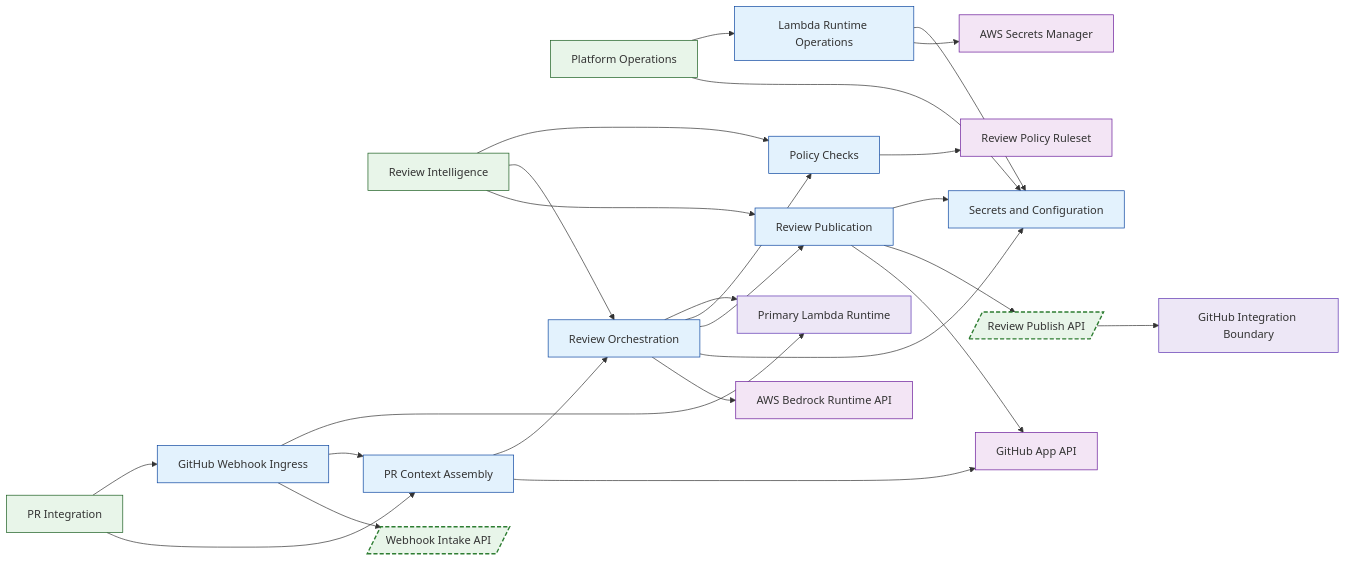
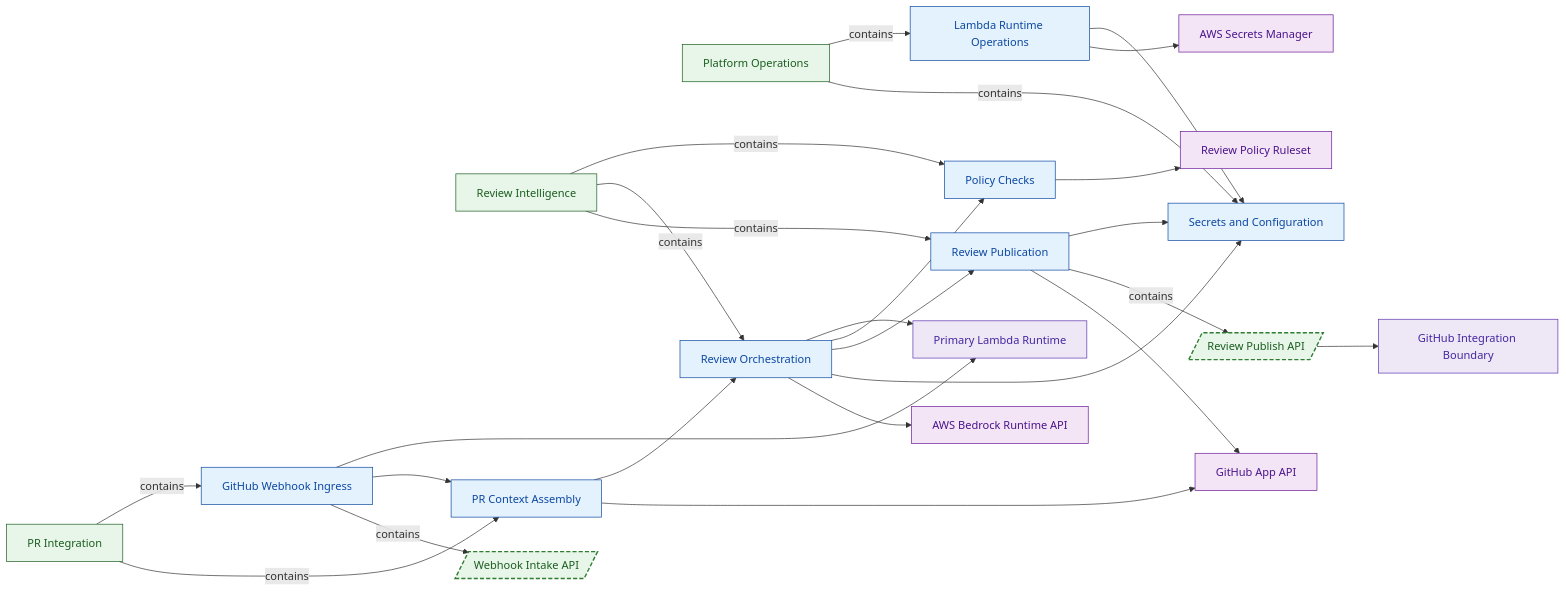
Before and after one commit to labeth/engineering-model-go: the diagram in examples/bedrock-pr-review-github-app-sample/generated/VIEW-DEPLOYMENT.mmd, drawn with Mermaid. The commit also changed 66 other files, not shown here.

Commit message:
Add first-class architecture decision records

```diff
--- a/examples/bedrock-pr-review-github-app-sample/generated/VIEW-DEPLOYMENT.mmd
+++ b/examples/bedrock-pr-review-github-app-sample/generated/VIEW-DEPLOYMENT.mmd
@@ -1,59 +1,65 @@
 flowchart LR
 %% view: VIEW-DEPLOYMENT (deployment)
 N_DEP_BEDROCK_GITHUB_BOUNDARY["GitHub Integration Boundary"]:::deployment_target
 N_DEP_BEDROCK_LAMBDA_PRIMARY["Primary Lambda Runtime"]:::deployment_target
 N_FG_PLATFORM_OPERATIONS["Platform Operations"]:::functional_group
 N_FG_PR_INTEGRATION["PR Integration"]:::functional_group
 N_FG_REVIEW_INTELLIGENCE["Review Intelligence"]:::functional_group
 N_FU_GITHUB_WEBHOOK_INGRESS["GitHub Webhook Ingress"]:::functional_unit
 N_FU_LAMBDA_RUNTIME_OPERATIONS["Lambda Runtime Operations"]:::functional_unit
 N_FU_POLICY_CHECKS["Policy Checks"]:::functional_unit
 N_FU_PR_CONTEXT_ASSEMBLY["PR Context Assembly"]:::functional_unit
 N_FU_REVIEW_ORCHESTRATION["Review Orchestration"]:::functional_unit
 N_FU_REVIEW_PUBLICATION["Review Publication"]:::functional_unit
 N_FU_SECRETS_CONFIGURATION["Secrets and Configuration"]:::functional_unit
 N_IF_BEDROCK_REVIEW_PUBLISH_API[/"Review Publish API"/]:::interface
 N_IF_BEDROCK_WEBHOOK_API[/"Webhook Intake API"/]:::interface
 N_REF_AWS_BEDROCK_RUNTIME["AWS Bedrock Runtime API"]:::referenced_element
 N_REF_AWS_SECRETS_MANAGER["AWS Secrets Manager"]:::referenced_element
 N_REF_GITHUB_APP_API["GitHub App API"]:::referenced_element
 N_REF_POLICY_RULESET["Review Policy Ruleset"]:::referenced_element
-N_FG_PLATFORM_OPERATIONS --> N_FU_LAMBDA_RUNTIME_OPERATIONS
-N_FG_PLATFORM_OPERATIONS --> N_FU_SECRETS_CONFIGURATION
-N_FG_PR_INTEGRATION --> N_FU_GITHUB_WEBHOOK_INGRESS
-N_FG_PR_INTEGRATION --> N_FU_PR_CONTEXT_ASSEMBLY
-N_FG_REVIEW_INTELLIGENCE --> N_FU_POLICY_CHECKS
-N_FG_REVIEW_INTELLIGENCE --> N_FU_REVIEW_ORCHESTRATION
-N_FG_REVIEW_INTELLIGENCE --> N_FU_REVIEW_PUBLICATION
+N_FG_PLATFORM_OPERATIONS -->|contains| N_FU_LAMBDA_RUNTIME_OPERATIONS
+N_FG_PLATFORM_OPERATIONS -->|contains| N_FU_SECRETS_CONFIGURATION
+N_FG_PR_INTEGRATION -->|contains| N_FU_GITHUB_WEBHOOK_INGRESS
+N_FG_PR_INTEGRATION -->|contains| N_FU_PR_CONTEXT_ASSEMBLY
+N_FG_REVIEW_INTELLIGENCE -->|contains| N_FU_POLICY_CHECKS
+N_FG_REVIEW_INTELLIGENCE -->|contains| N_FU_REVIEW_ORCHESTRATION
+N_FG_REVIEW_INTELLIGENCE -->|contains| N_FU_REVIEW_PUBLICATION
 N_FU_GITHUB_WEBHOOK_INGRESS --> N_DEP_BEDROCK_LAMBDA_PRIMARY
 N_FU_GITHUB_WEBHOOK_INGRESS --> N_FU_PR_CONTEXT_ASSEMBLY
-N_FU_GITHUB_WEBHOOK_INGRESS --> N_IF_BEDROCK_WEBHOOK_API
+N_FU_GITHUB_WEBHOOK_INGRESS -->|contains| N_IF_BEDROCK_WEBHOOK_API
 N_FU_LAMBDA_RUNTIME_OPERATIONS --> N_FU_SECRETS_CONFIGURATION
 N_FU_LAMBDA_RUNTIME_OPERATIONS --> N_REF_AWS_SECRETS_MANAGER
 N_FU_POLICY_CHECKS --> N_REF_POLICY_RULESET
 N_FU_PR_CONTEXT_ASSEMBLY --> N_FU_REVIEW_ORCHESTRATION
 N_FU_PR_CONTEXT_ASSEMBLY --> N_REF_GITHUB_APP_API
 N_FU_REVIEW_ORCHESTRATION --> N_DEP_BEDROCK_LAMBDA_PRIMARY
 N_FU_REVIEW_ORCHESTRATION --> N_FU_POLICY_CHECKS
 N_FU_REVIEW_ORCHESTRATION --> N_FU_REVIEW_PUBLICATION
 N_FU_REVIEW_ORCHESTRATION --> N_FU_SECRETS_CONFIGURATION
 N_FU_REVIEW_ORCHESTRATION --> N_REF_AWS_BEDROCK_RUNTIME
 N_FU_REVIEW_PUBLICATION --> N_FU_SECRETS_CONFIGURATION
-N_FU_REVIEW_PUBLICATION --> N_IF_BEDROCK_REVIEW_PUBLISH_API
+N_FU_REVIEW_PUBLICATION -->|contains| N_IF_BEDROCK_REVIEW_PUBLISH_API
 N_FU_REVIEW_PUBLICATION --> N_REF_GITHUB_APP_API
 N_IF_BEDROCK_REVIEW_PUBLISH_API --> N_DEP_BEDROCK_GITHUB_BOUNDARY
-classDef functional_group fill:#e8f5e9,stroke:#1b5e20,stroke-width:1px;
-classDef functional_unit fill:#e3f2fd,stroke:#0d47a1,stroke-width:1px;
-classDef actor fill:#fff8e1,stroke:#ef6c00,stroke-width:1px;
-classDef attack_vector fill:#ffebee,stroke:#b71c1c,stroke-width:1px;
-classDef referenced_element fill:#f3e5f5,stroke:#6a1b9a,stroke-width:1px;
-classDef interface fill:#e8f5e9,stroke:#2e7d32,stroke-width:2px,stroke-dasharray: 6 3;
-classDef data_object fill:#fff3e0,stroke:#ef6c00,stroke-width:2px,stroke-dasharray: 2 2;
-classDef deployment_target fill:#ede7f6,stroke:#5e35b1,stroke-width:1px;
-classDef control fill:#fce4ec,stroke:#ad1457,stroke-width:1px;
-classDef trust_boundary fill:#e0f7fa,stroke:#006064,stroke-width:2px,stroke-dasharray: 10 4;
-classDef state fill:#e1f5fe,stroke:#0277bd,stroke-width:1px;
-classDef event fill:#fffde7,stroke:#f9a825,stroke-width:1px;
-classDef flow fill:#ede7f6,stroke:#4527a0,stroke-width:2px;
-classDef flow_step fill:#f1f8e9,stroke:#33691e,stroke-width:2px;
-classDef unknown fill:#ffffff,stroke:#adb5bd,stroke-width:1px;
+classDef system_boundary fill:#f5f5f5,stroke:#424242,stroke-width:2px,color:#212121;
+classDef functional_group fill:#e8f5e9,stroke:#1b5e20,stroke-width:1px,color:#1b5e20;
+classDef functional_unit fill:#e3f2fd,stroke:#0d47a1,stroke-width:1px,color:#0d47a1;
+classDef actor fill:#fff8e1,stroke:#ef6c00,stroke-width:1px,color:#bf360c;
+classDef attack_vector fill:#ffebee,stroke:#b71c1c,stroke-width:1px,color:#7f0000;
+classDef referenced_element fill:#f3e5f5,stroke:#6a1b9a,stroke-width:1px,color:#4a148c;
+classDef interface fill:#e8f5e9,stroke:#2e7d32,stroke-width:2px,stroke-dasharray: 6 3,color:#1b5e20;
+classDef data_object fill:#fff3e0,stroke:#ef6c00,stroke-width:2px,stroke-dasharray: 2 2,color:#e65100;
+classDef deployment_target fill:#ede7f6,stroke:#5e35b1,stroke-width:1px,color:#4527a0;
+classDef control fill:#fce4ec,stroke:#ad1457,stroke-width:1px,color:#880e4f;
+classDef trust_boundary fill:#e0f7fa,stroke:#006064,stroke-width:2px,stroke-dasharray: 10 4,color:#004d40;
+classDef state fill:#e1f5fe,stroke:#0277bd,stroke-width:1px,color:#01579b;
+classDef event fill:#fffde7,stroke:#f9a825,stroke-width:1px,color:#f57f17;
+classDef flow fill:#ede7f6,stroke:#4527a0,stroke-width:2px,color:#311b92;
+classDef flow_step fill:#f1f8e9,stroke:#33691e,stroke-width:2px,color:#1b5e20;
+classDef requirement fill:#fffde7,stroke:#f9a825,stroke-width:1px,color:#7f6000;
+classDef verification fill:#fce4ec,stroke:#ad1457,stroke-width:1px,color:#880e4f;
+classDef runtime_element fill:#b2ebf2,stroke:#00838f,stroke-width:1px,color:#006064;
+classDef deployment_element fill:#d7ccc8,stroke:#4e342e,stroke-width:1px,color:#2f1b14;
+classDef code_element fill:#eceff1,stroke:#37474f,stroke-width:1px,color:#263238;
+classDef unknown fill:#ffffff,stroke:#adb5bd,stroke-width:1px,color:#4f5b62;
```
